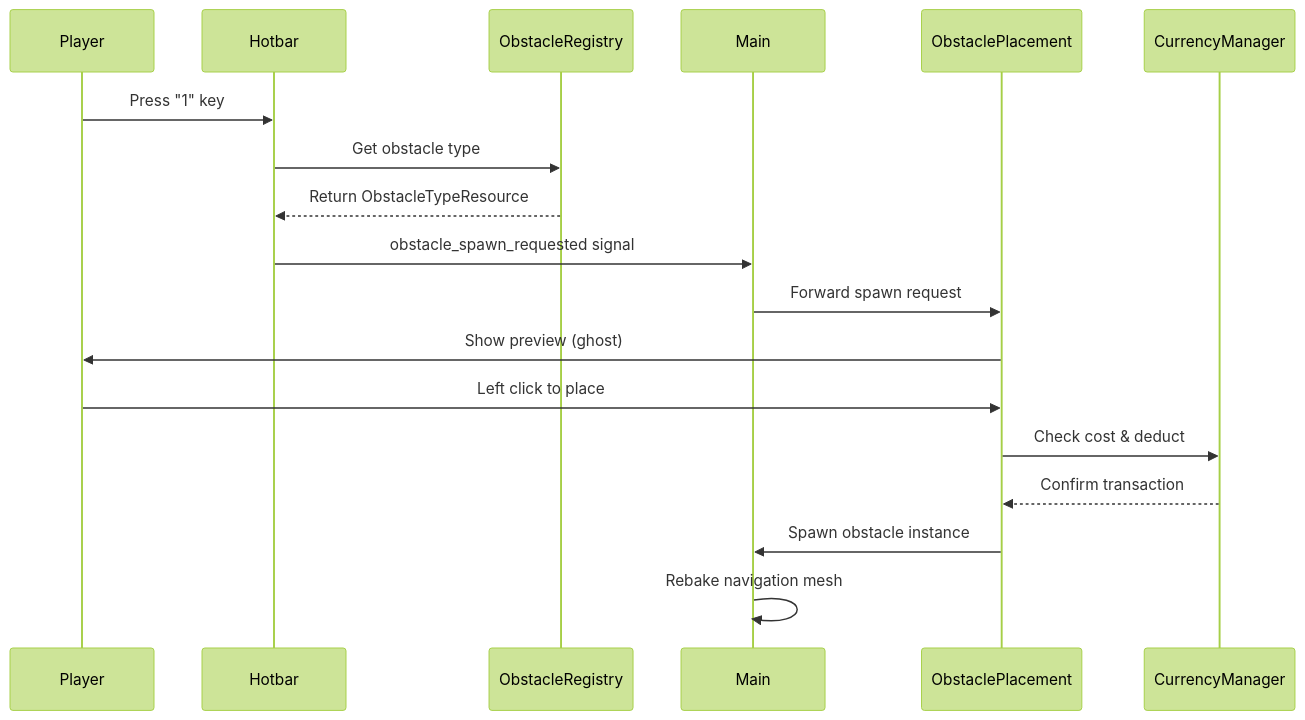
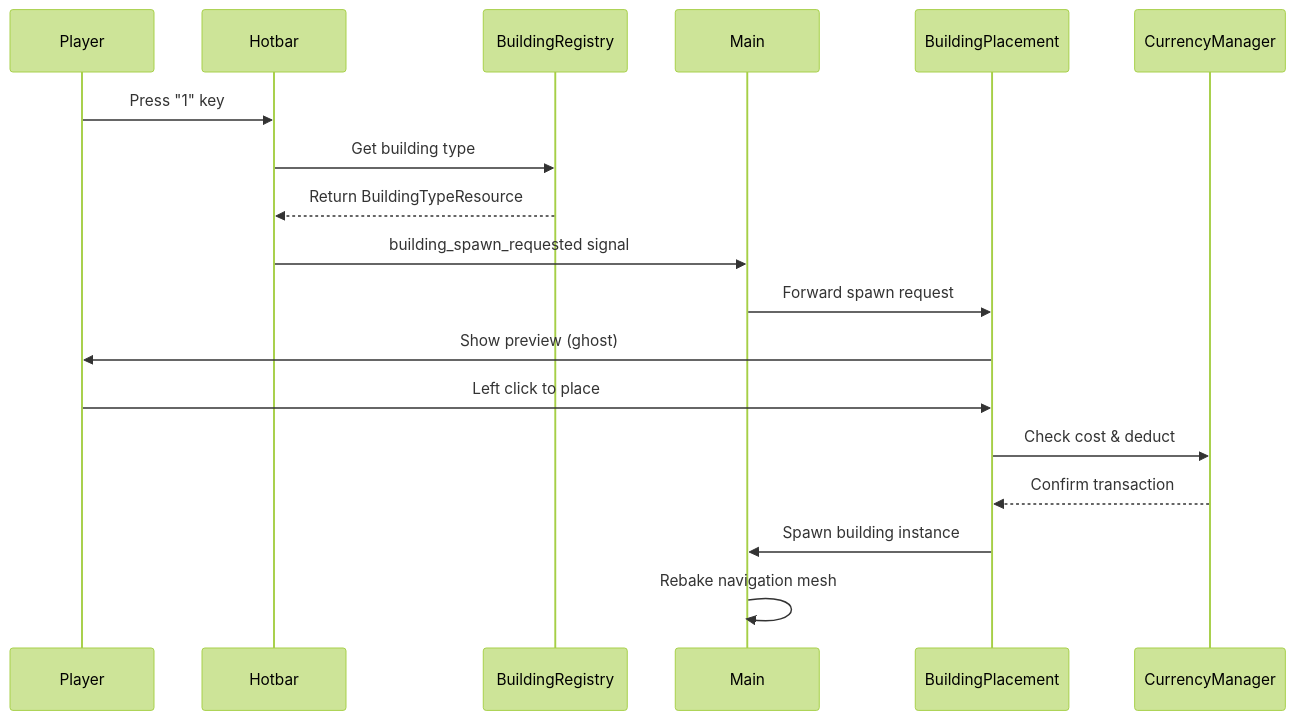
The seventh of 8 diagrams in docs/ARCHITECTURE.md (saebyn/godot-tower-defense), drawn with Mermaid (forest theme) before and after one commit. The commit also changed other lines of this file and 159 other files, not shown here.

First line of the commit message:
Rename Obstacle → Building identifiers across codebase (#347)

````diff
--- a/docs/ARCHITECTURE.md
+++ b/docs/ARCHITECTURE.md
@@ -493,21 +493,21 @@
 ```mermaid
 sequenceDiagram
     participant Player
     participant Hotbar
-    participant ObstacleRegistry
+    participant BuildingRegistry
     participant Main
-    participant ObstaclePlacement
+    participant BuildingPlacement
     participant CurrencyManager
     
     Player->>Hotbar: Press "1" key
-    Hotbar->>ObstacleRegistry: Get obstacle type
-    ObstacleRegistry-->>Hotbar: Return ObstacleTypeResource
-    Hotbar->>Main: obstacle_spawn_requested signal
-    Main->>ObstaclePlacement: Forward spawn request
-    ObstaclePlacement->>Player: Show preview (ghost)
-    Player->>ObstaclePlacement: Left click to place
-    ObstaclePlacement->>CurrencyManager: Check cost & deduct
-    CurrencyManager-->>ObstaclePlacement: Confirm transaction
-    ObstaclePlacement->>Main: Spawn obstacle instance
+    Hotbar->>BuildingRegistry: Get building type
+    BuildingRegistry-->>Hotbar: Return BuildingTypeResource
+    Hotbar->>Main: building_spawn_requested signal
+    Main->>BuildingPlacement: Forward spawn request
+    BuildingPlacement->>Player: Show preview (ghost)
+    Player->>BuildingPlacement: Left click to place
+    BuildingPlacement->>CurrencyManager: Check cost & deduct
+    CurrencyManager-->>BuildingPlacement: Confirm transaction
+    BuildingPlacement->>Main: Spawn building instance
     Main->>Main: Rebake navigation mesh
 ```
````
